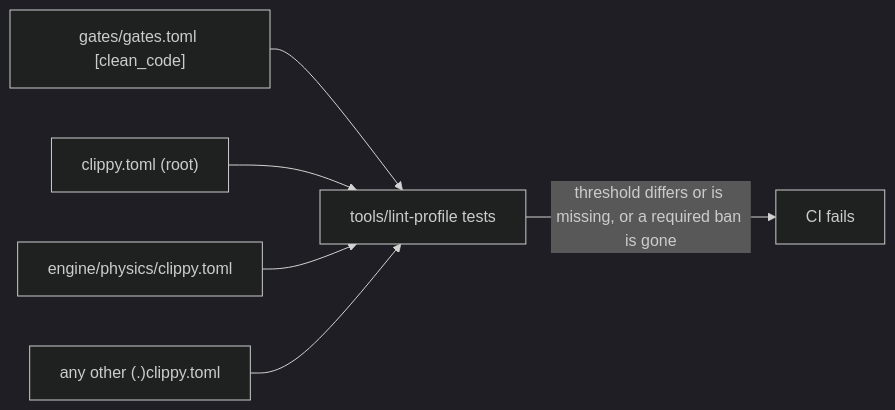
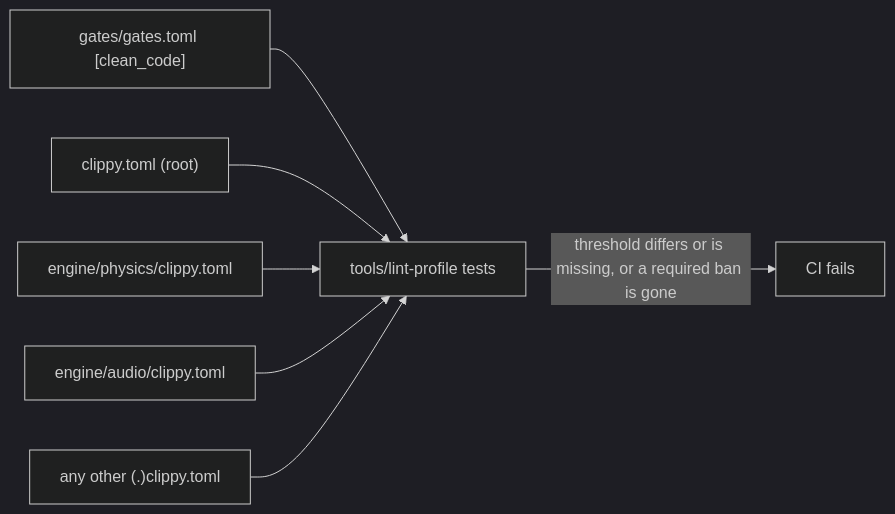
One commit to giamat90/DuckEngine changed the diagram in docs/gates/clean-code-lint-profile.md. Above: the diagram before and after it, drawn with Mermaid (dark theme). The commit also changed other lines of this file and 4 other files, not shown here.

Commit message:
chore(governance): add the Clippy real-time bans for the audio crate (5-10) (#26)

````diff
--- a/docs/gates/clean-code-lint-profile.md
+++ b/docs/gates/clean-code-lint-profile.md
@@ -54,8 +54,9 @@
 ```mermaid
 flowchart LR
   G["gates/gates.toml [clean_code]"] --> T["tools/lint-profile tests"]
   R["clippy.toml (root)"] --> T
   P["engine/physics/clippy.toml"] --> T
+  A["engine/audio/clippy.toml"] --> T
   X["any other (.)clippy.toml"] --> T
   T -->|"threshold differs or is missing, or a required ban is gone"| F["CI fails"]
 ```
````
